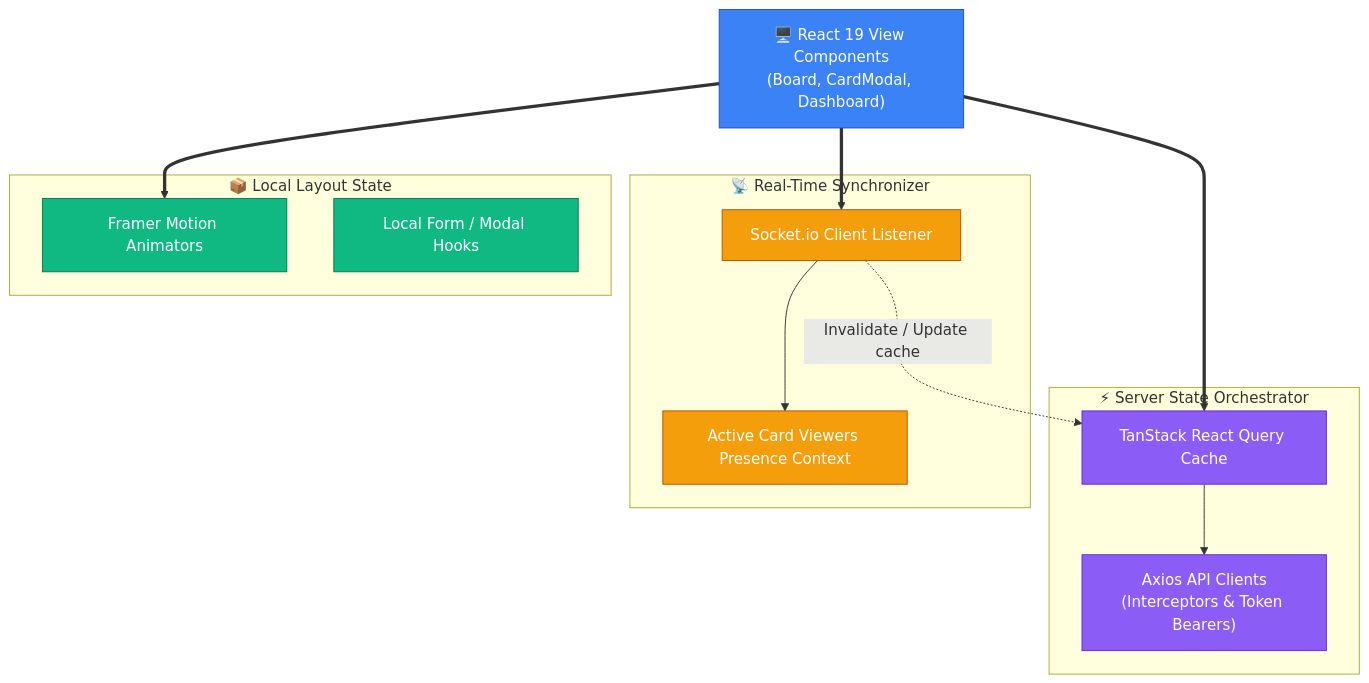
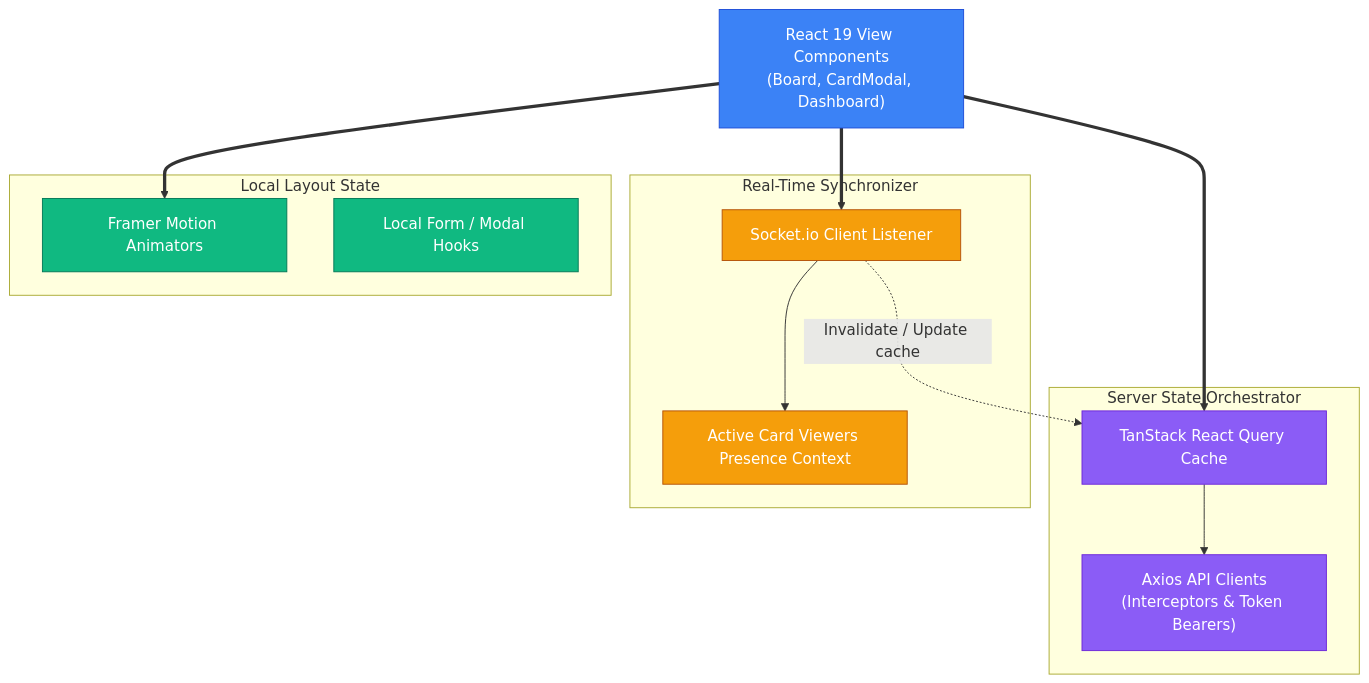
One commit to Abhijith-Sura/Task-Management-App changed the second of 2 diagrams in client/README.md. Above: the diagram before and after it, drawn with Mermaid. The commit also changed other lines of this file and 2 other files, not shown here.

Commit message:
docs: remove emojis and add extensive flow explanations for newcomers to all READMEs

````diff
--- a/client/README.md
+++ b/client/README.md
@@ -40,38 +39,37 @@
 ```mermaid
 flowchart TD
-    %% Styling Classes
     classDef react fill:#3b82f6,stroke:#1d4ed8,color:#fff;
     classDef queries fill:#8b5cf6,stroke:#6d28d9,color:#fff;
     classDef sockets fill:#f59e0b,stroke:#b45309,color:#fff;
     classDef local fill:#10b981,stroke:#047857,color:#fff;
 
-    Views["🖥️ React 19 View Components<br/>(Board, CardModal, Dashboard)"]
+    Views["React 19 View Components<br/>(Board, CardModal, Dashboard)"]
     class Views react;
 
-    subgraph ServerState ["⚡ Server State Orchestrator"]
+    subgraph ServerState ["Server State Orchestrator"]
         ReactQuery["TanStack React Query Cache"]
         Axios["Axios API Clients<br/>(Interceptors & Token Bearers)"]
         
         ReactQuery --> Axios
     end
     class ReactQuery,Axios queries;
 
-    subgraph RealTimeState ["📡 Real-Time Synchronizer"]
+    subgraph RealTimeState ["Real-Time Synchronizer"]
         SocketIO["Socket.io Client Listener"]
         PresenceMap["Active Card Viewers Presence Context"]
         
         SocketIO --> PresenceMap
     end
     class SocketIO,PresenceMap sockets;
 
-    subgraph ClientLocalState ["📦 Local Layout State"]
+    subgraph ClientLocalState ["Local Layout State"]
         FramerMotion["Framer Motion Animators"]
         ZUST["Local Form / Modal Hooks"]
     end
     class FramerMotion,ZUST local;
 
     Views ==> ReactQuery
     Views ==> SocketIO
     Views ==> FramerMotion
     SocketIO -.->|Invalidate / Update cache| ReactQuery
 ```
````
